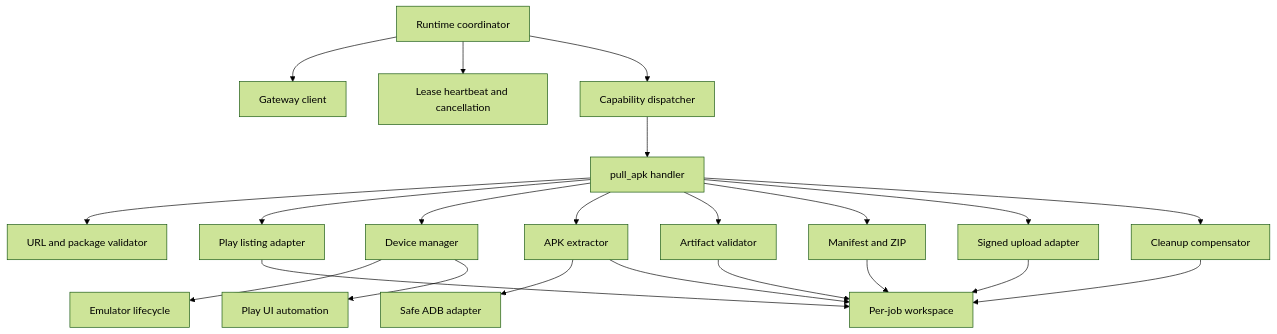
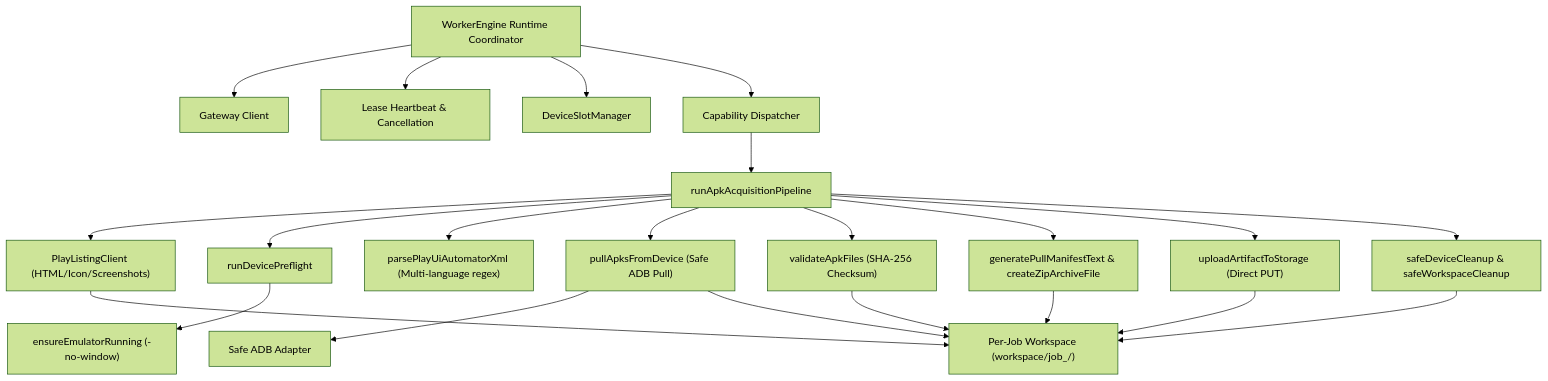
One commit to daclong120-del/app-relay changed the fifth of 15 diagrams in docs/08-operations-and-evolution/as-is/ARCHITECTURE_APP_REPLAY_V1.md. Above: the diagram before and after it, drawn with Mermaid (forest theme). The commit also changed other lines of this file and 6 other files, not shown here.

Commit message:
feat: implement AppRelay worker configuration and architectural documentation

````diff
--- a/docs/08-operations-and-evolution/as-is/ARCHITECTURE_APP_REPLAY_V1.md
+++ b/docs/08-operations-and-evolution/as-is/ARCHITECTURE_APP_REPLAY_V1.md
@@ -428,27 +502,27 @@
 ```mermaid
 flowchart TB
-    Runtime["Runtime coordinator"] --> GatewayClient["Gateway client"]
-    Runtime --> Lease["Lease heartbeat and cancellation"]
-    Runtime --> Dispatcher["Capability dispatcher"]
+    Runtime["WorkerEngine Runtime Coordinator"] --> GatewayClient["Gateway Client"]
+    Runtime --> Lease["Lease Heartbeat & Cancellation"]
+    Runtime --> SlotMgr["DeviceSlotManager"]
+    Runtime --> Dispatcher["Capability Dispatcher"]
 
-    Dispatcher --> PullHandler["pull_apk handler"]
-    PullHandler --> URL["URL and package validator"]
-    PullHandler --> Listing["Play listing adapter"]
-    PullHandler --> DeviceManager["Device manager"]
-    PullHandler --> Extractor["APK extractor"]
-    PullHandler --> Validator["Artifact validator"]
-    PullHandler --> Packager["Manifest and ZIP"]
-    PullHandler --> Upload["Signed upload adapter"]
-    PullHandler --> Cleanup["Cleanup compensator"]
+    Dispatcher --> PullHandler["runApkAcquisitionPipeline"]
+    PullHandler --> ListingClient["PlayListingClient (HTML/Icon/Screenshots)"]
+    PullHandler --> DevicePreflight["runDevicePreflight"]
+    PullHandler --> PlayUI["parsePlayUiAutomatorXml (Multi-language regex)"]
+    PullHandler --> Extractor["pullApksFromDevice (Safe ADB Pull)"]
+    PullHandler --> Validator["validateApkFiles (SHA-256 Checksum)"]
+    PullHandler --> Packager["generatePullManifestText & createZipArchiveFile"]
+    PullHandler --> Upload["uploadArtifactToStorage (Direct PUT)"]
+    PullHandler --> Cleanup["safeDeviceCleanup & safeWorkspaceCleanup"]
 
-    DeviceManager --> Emulator["Emulator lifecycle"]
-    DeviceManager --> PlayUI["Play UI automation"]
-    Extractor --> ADB["Safe ADB adapter"]
+    DevicePreflight --> Launcher["ensureEmulatorRunning (-no-window)"]
+    Extractor --> ADB["Safe ADB Adapter"]
 
-    Listing --> Workspace["Per-job workspace"]
+    ListingClient --> Workspace["Per-Job Workspace (workspace/job_<id>/)"]
     Extractor --> Workspace
     Validator --> Workspace
     Packager --> Workspace
     Upload --> Workspace
     Cleanup --> Workspace
 ```
````
